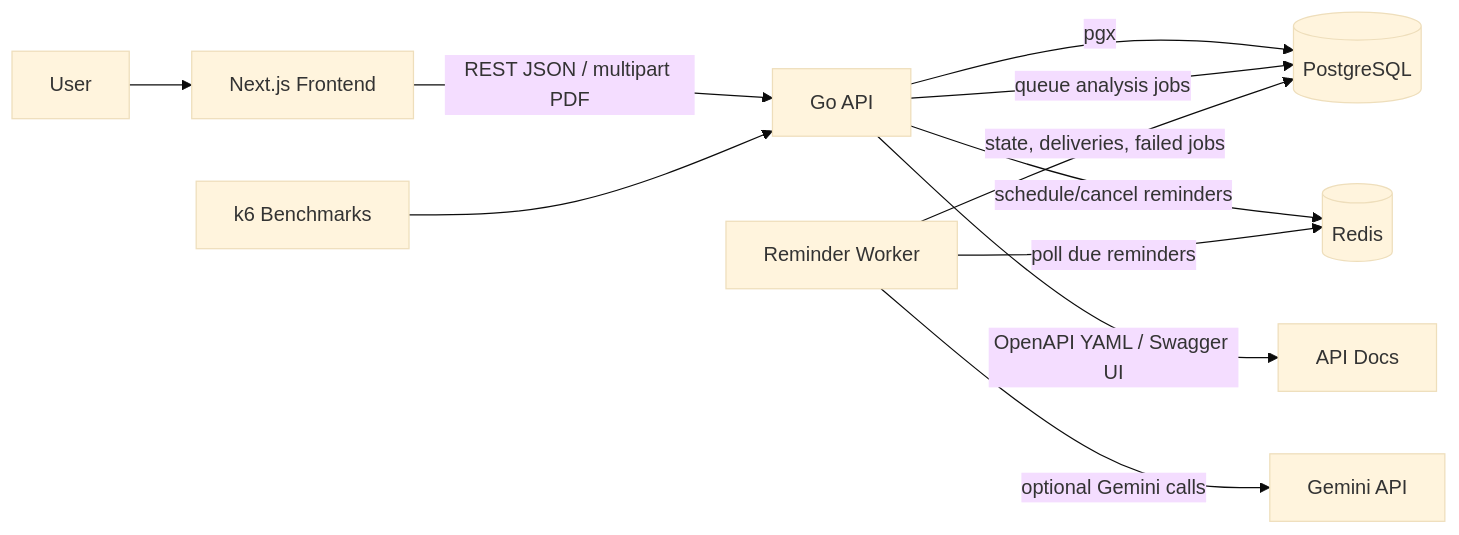
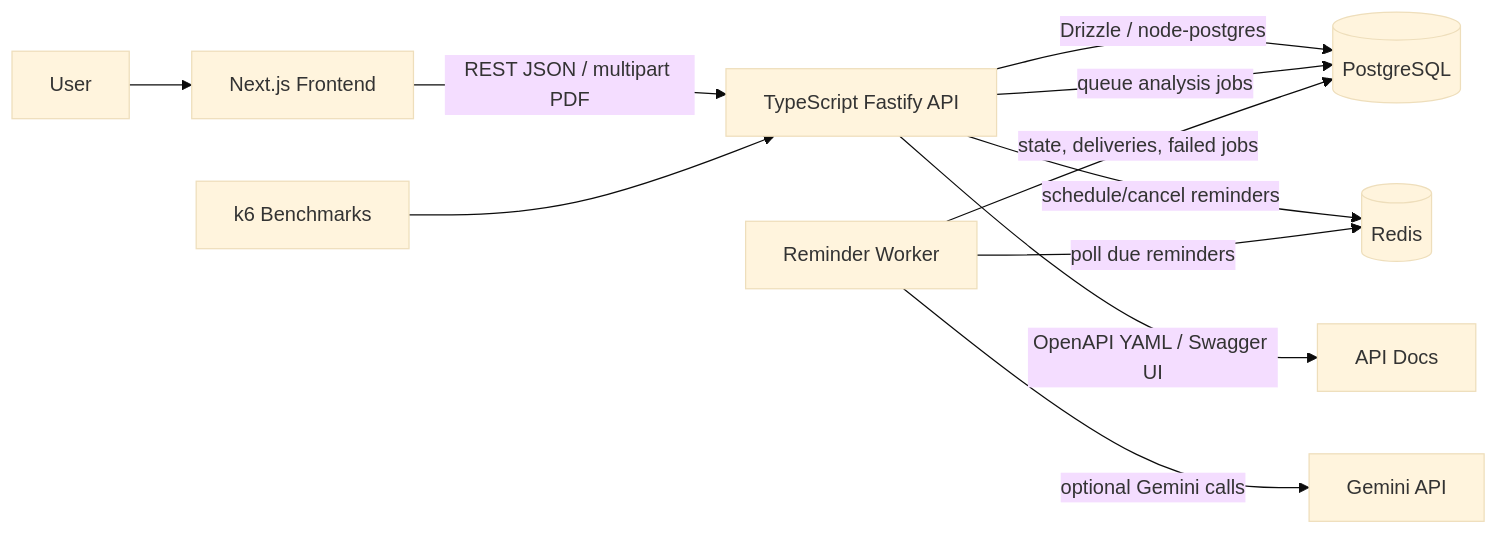
Before and after one commit to tiongMax/career-os: the diagram in docs/reference/architecture.md, drawn with Mermaid (base theme). The commit also changed other lines of this file and 15 other files, not shown here.

Commit message:
feat(backend): cut over runtime to TypeScript

````diff
--- a/docs/reference/architecture.md
+++ b/docs/reference/architecture.md
@@ -79,13 +76,13 @@
 ```mermaid
 flowchart LR
   User[User] --> UI[Next.js Frontend]
-  UI -->|REST JSON / multipart PDF| API[Go API]
-  API -->|pgx| DB[(PostgreSQL)]
+  UI -->|REST JSON / multipart PDF| API[TypeScript Fastify API]
+  API -->|Drizzle / node-postgres| DB[(PostgreSQL)]
   API -->|schedule/cancel reminders| Redis[(Redis)]
   API -->|queue analysis jobs| DB
   Worker[Reminder Worker] -->|poll due reminders| Redis
   Worker -->|state, deliveries, failed jobs| DB
   Worker -->|optional Gemini calls| Gemini[Gemini API]
   API -->|OpenAPI YAML / Swagger UI| Docs[API Docs]
   Bench[k6 Benchmarks] --> API
 ```
````
